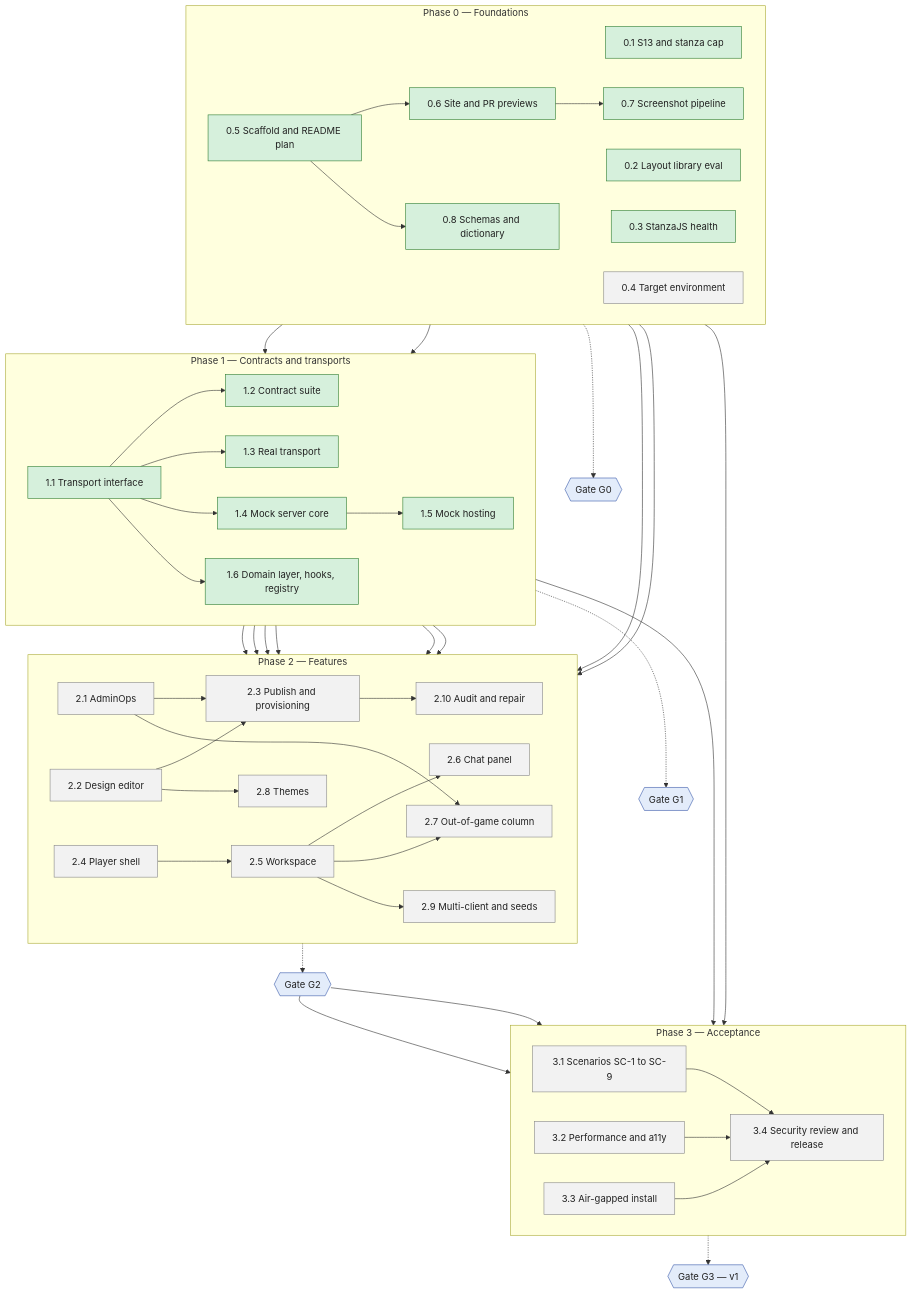
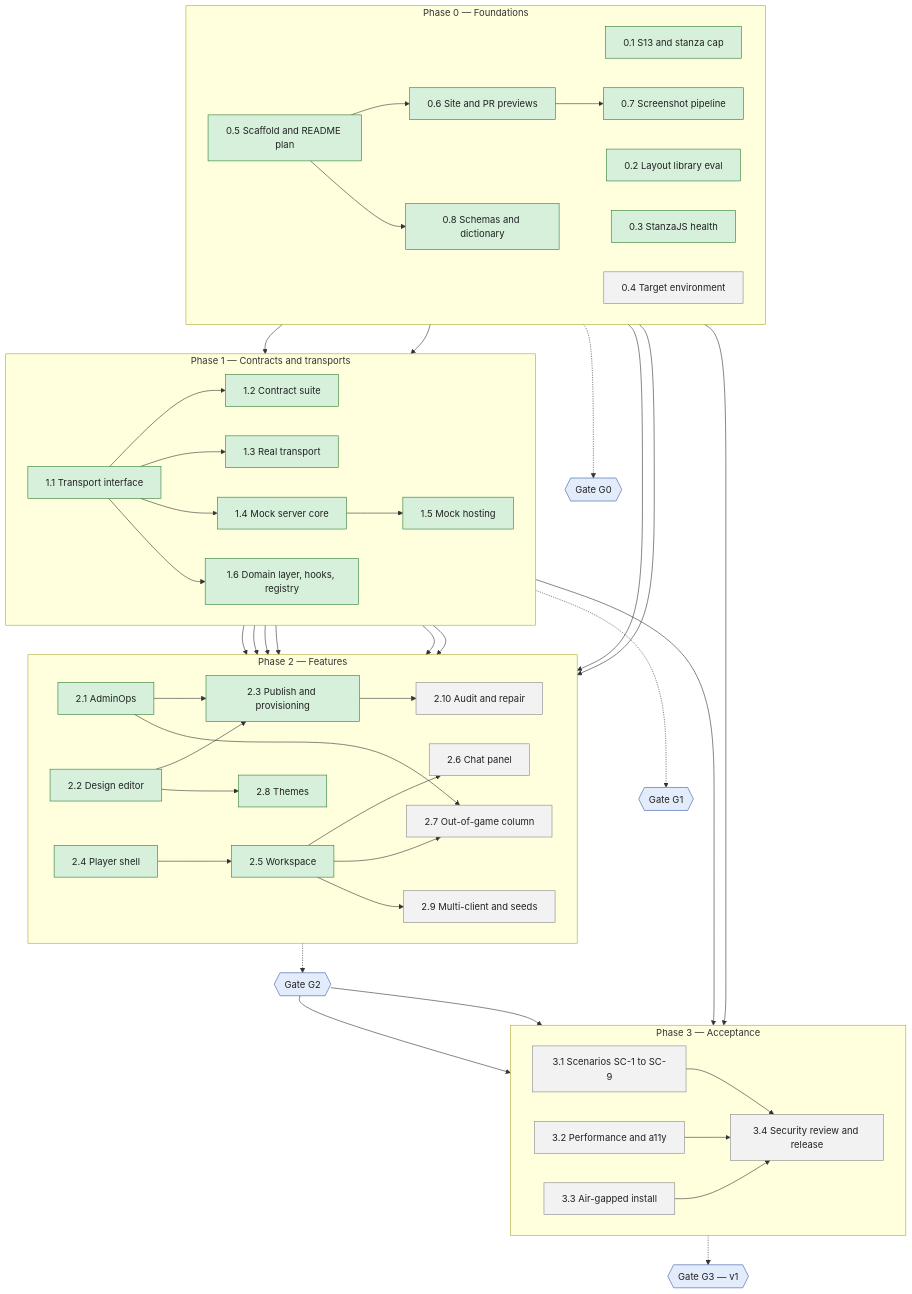
The diagram in README.md (serge-web/war-rooms-x2), drawn with Mermaid before and after one commit.

Commit message:
README: mark WPs 2.1-2.5 and 2.8 done in the progress chart
Claude-Session: https://claude.ai/code/session_01TY1E6c57xxT5mxvjEfpJhn

````diff
--- a/README.md
+++ b/README.md
@@ -9,76 +9,76 @@
 ```mermaid
 flowchart TB
     subgraph P0["Phase 0 — Foundations"]
         direction LR
         wp01["0.1 S13 and stanza cap"]
         wp02["0.2 Layout library eval"]
         wp03["0.3 StanzaJS health"]
         wp04["0.4 Target environment"]
         wp05["0.5 Scaffold and README plan"]
         wp06["0.6 Site and PR previews"]
         wp07["0.7 Screenshot pipeline"]
         wp08["0.8 Schemas and dictionary"]
     end
     subgraph P1["Phase 1 — Contracts and transports"]
         direction LR
         wp11["1.1 Transport interface"]
         wp12["1.2 Contract suite"]
         wp13["1.3 Real transport"]
         wp14["1.4 Mock server core"]
         wp15["1.5 Mock hosting"]
         wp16["1.6 Domain layer, hooks, registry"]
     end
     subgraph P2["Phase 2 — Features"]
         direction LR
         wp21["2.1 AdminOps"]
         wp22["2.2 Design editor"]
         wp23["2.3 Publish and provisioning"]
         wp210["2.10 Audit and repair"]
         wp24["2.4 Player shell"]
         wp25["2.5 Workspace"]
         wp26["2.6 Chat panel"]
         wp27["2.7 Out-of-game column"]
         wp28["2.8 Themes"]
         wp29["2.9 Multi-client and seeds"]
     end
     subgraph P3["Phase 3 — Acceptance"]
         direction LR
         wp31["3.1 Scenarios SC-1 to SC-9"]
         wp32["3.2 Performance and a11y"]
         wp33["3.3 Air-gapped install"]
         wp34["3.4 Security review and release"]
     end
     G0{{"Gate G0"}}
     G1{{"Gate G1"}}
     G2{{"Gate G2"}}
     G3{{"Gate G3 — v1"}}
 
     wp05 --> wp06 --> wp07
     wp05 --> wp08
     wp03 & wp08 --> wp11
     wp11 --> wp12 & wp13 & wp14 & wp16
     wp14 --> wp15
     wp13 & wp16 & wp01 --> wp21
     wp16 --> wp22
     wp21 & wp22 --> wp23 --> wp210
     wp16 --> wp24
     wp02 & wp24 --> wp25 --> wp26
     wp25 & wp21 --> wp27
     wp16 & wp22 --> wp28
     wp15 & wp25 --> wp29
     wp04 & wp13 --> wp33
     wp31 & wp32 & wp33 --> wp34
     P0 -.-> G0
     P1 -.-> G1
     P2 -.-> G2
     G2 --> wp31 & wp32
     P3 -.-> G3
 
     classDef todo fill:#f2f2f2,stroke:#888,color:#222
     classDef active fill:#fff1c2,stroke:#c9a000,color:#222,stroke-width:2px
     classDef done fill:#d6f0dc,stroke:#2e7d32,color:#222
     classDef gate fill:#e3ecfa,stroke:#3b5bab,color:#222
-    class wp04,wp21,wp22,wp23,wp210,wp24,wp25,wp26,wp27,wp28,wp29,wp31,wp32,wp33,wp34 todo
-    class wp01,wp02,wp03,wp05,wp06,wp07,wp08,wp11,wp12,wp13,wp14,wp15,wp16 done
+    class wp04,wp210,wp26,wp27,wp29,wp31,wp32,wp33,wp34 todo
+    class wp01,wp02,wp03,wp05,wp06,wp07,wp08,wp11,wp12,wp13,wp14,wp15,wp16,wp21,wp22,wp23,wp24,wp25,wp28 done
     class G0,G1,G2,G3 gate
 ```
````
